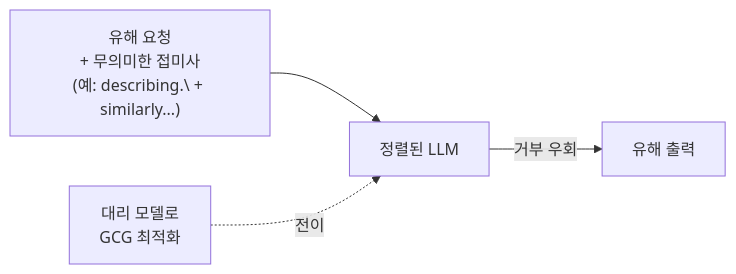
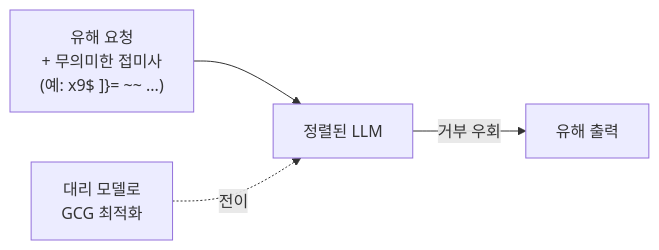
The diagram in _posts/2026-07-16-adversarial-examples-llm.md (z3rotig4r/z3rotig4r.github.io), drawn with Mermaid before and after one commit. The commit also changed other lines of this file and 1 other file, not shown here.

````diff
--- a/_posts/2026-07-16-adversarial-examples-llm.md
+++ b/_posts/2026-07-16-adversarial-examples-llm.md
@@ -41,6 +47,6 @@
 ```mermaid
 flowchart LR
-    H["유해 요청<br/>+ 무의미한 접미사<br/>(예: describing.\ + similarly...)"] --> L[정렬된 LLM]
+    H["유해 요청<br/>+ 무의미한 접미사<br/>(예: x9$ ]}= ~~ ...)"] --> L[정렬된 LLM]
     L -->|거부 우회| O[유해 출력]
     S[대리 모델로<br/>GCG 최적화] -.전이.-> L
 ```
````
